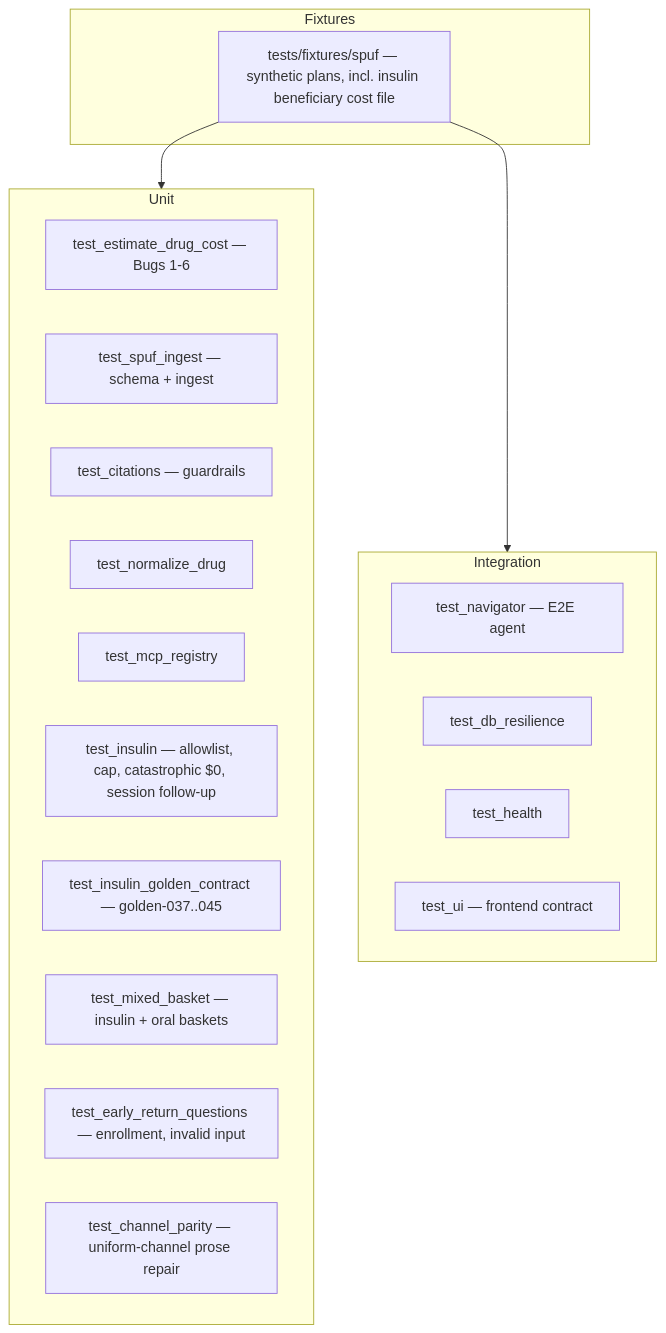
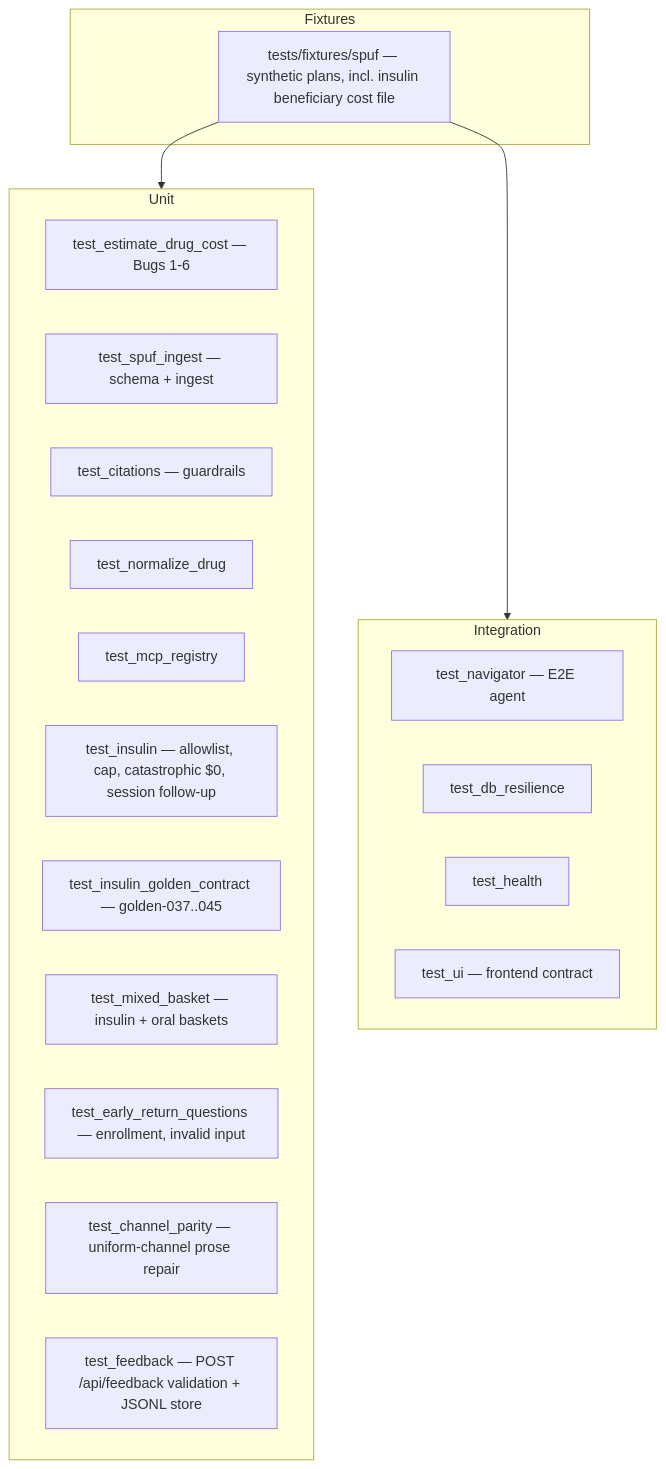
Diagram 11 of 11 in docs/developer-guide.md (SreeCodes2021/Medicare-drug-cost-navigator), drawn with Mermaid before and after one commit. The commit also changed other lines of this file and 22 other files, not shown here.

````diff
--- a/docs/developer-guide.md
+++ b/docs/developer-guide.md
@@ -1177,25 +1204,26 @@
 ```mermaid
 flowchart TB
     subgraph Unit
         T1[test_estimate_drug_cost — Bugs 1-6]
         T2[test_spuf_ingest — schema + ingest]
         T3[test_citations — guardrails]
         T4[test_normalize_drug]
         T5[test_mcp_registry]
         T10[test_insulin — allowlist, cap, catastrophic $0, session follow-up]
         T11[test_insulin_golden_contract — golden-037..045]
         T12[test_mixed_basket — insulin + oral baskets]
         T13[test_early_return_questions — enrollment, invalid input]
         T14[test_channel_parity — uniform-channel prose repair]
+        T15[test_feedback — POST /api/feedback validation + JSONL store]
     end
     subgraph Integration
         T6[test_navigator — E2E agent]
         T7[test_db_resilience]
         T8[test_health]
         T9[test_ui — frontend contract]
     end
     subgraph Fixtures
         F[tests/fixtures/spuf — synthetic plans, incl. insulin beneficiary cost file]
     end
     F --> Unit & Integration
 ```
````
